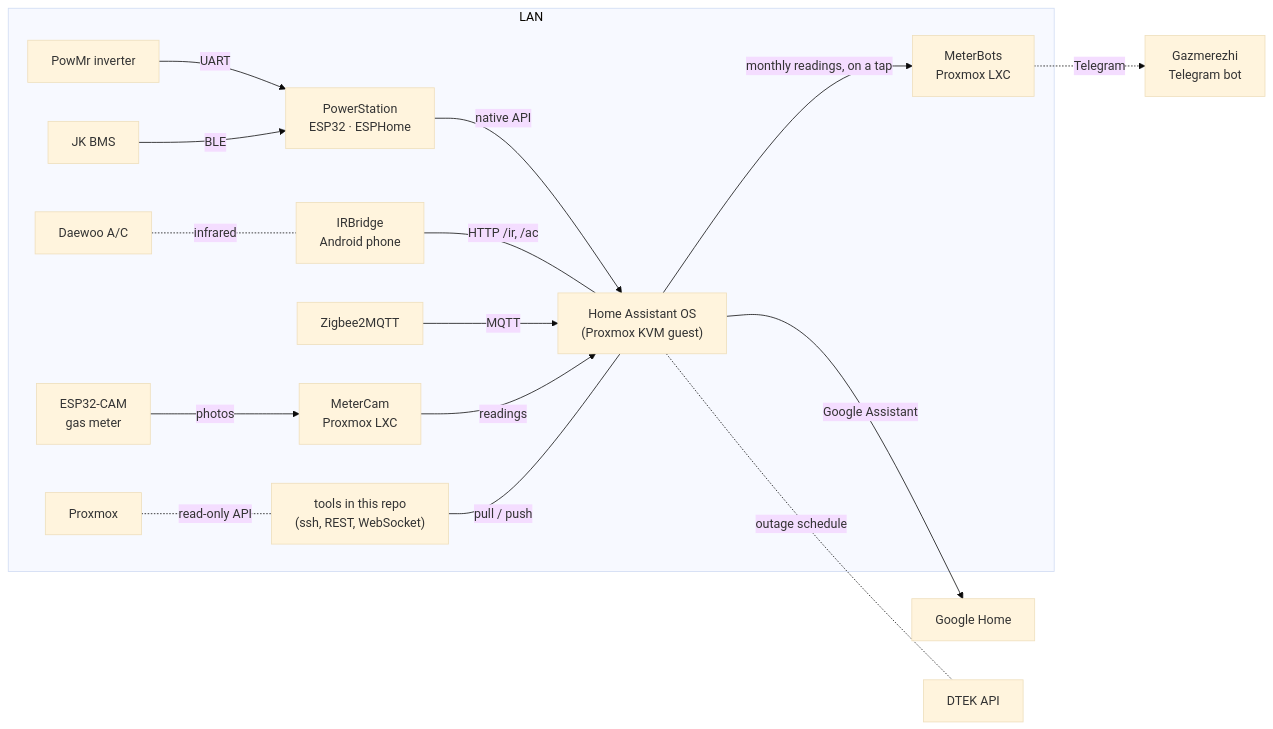
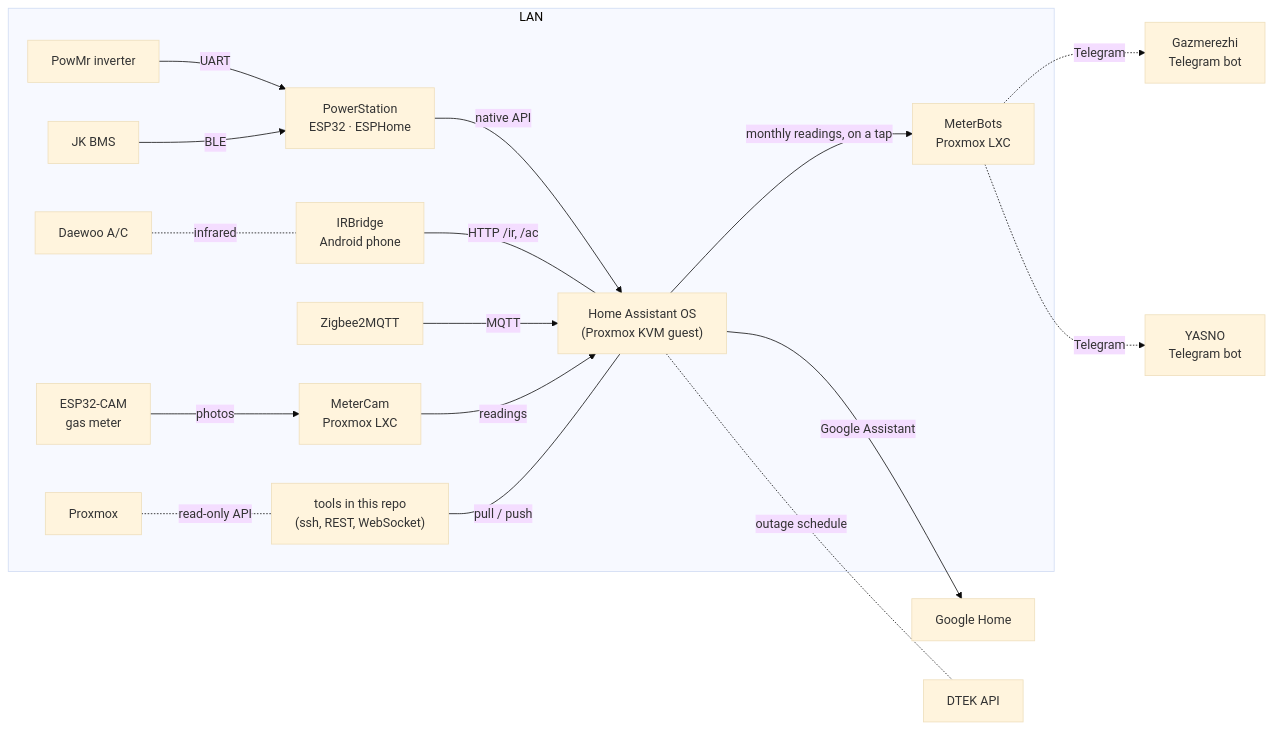
Before and after one commit to AlexandrLisitsa/HomeSweetHome: the diagram in README.md, drawn with Mermaid (base theme). The commit also changed other lines of this file and 26 other files, not shown here.

````diff
--- a/README.md
+++ b/README.md
@@ -11,20 +11,21 @@
 ```mermaid
 flowchart LR
     subgraph LAN
         HA["Home Assistant OS<br/>(Proxmox KVM guest)"]
         PS["PowerStation<br/>ESP32 · ESPHome"] -- "native API" --> HA
         INV["PowMr inverter"] -- UART --> PS
         BMS["JK BMS"] -- BLE --> PS
         IR["IRBridge<br/>Android phone"] -- "HTTP /ir, /ac" --- HA
         AC["Daewoo A/C"] -. "infrared" .- IR
         Z2M["Zigbee2MQTT"] -- MQTT --> HA
         CAM["ESP32-CAM<br/>gas meter"] -- "photos" --> MC["MeterCam<br/>Proxmox LXC"]
         MC -- "readings" --> HA
         HA -- "monthly readings, on a tap" --> MB["MeterBots<br/>Proxmox LXC"]
         PVE["Proxmox"] -. "read-only API" .- TOOLS
     end
     HA -- "Google Assistant" --> GH["Google Home"]
     HA -. "outage schedule" .- DTEK["DTEK API"]
     MB -. "Telegram" .-> GRMU["Gazmerezhi<br/>Telegram bot"]
+    MB -. "Telegram" .-> YASNO["YASNO<br/>Telegram bot"]
     TOOLS["tools in this repo<br/>(ssh, REST, WebSocket)"] -- "pull / push" --- HA
 ```
````
